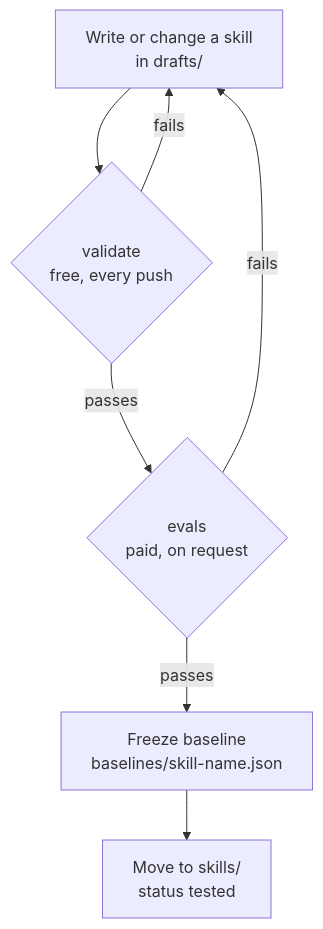
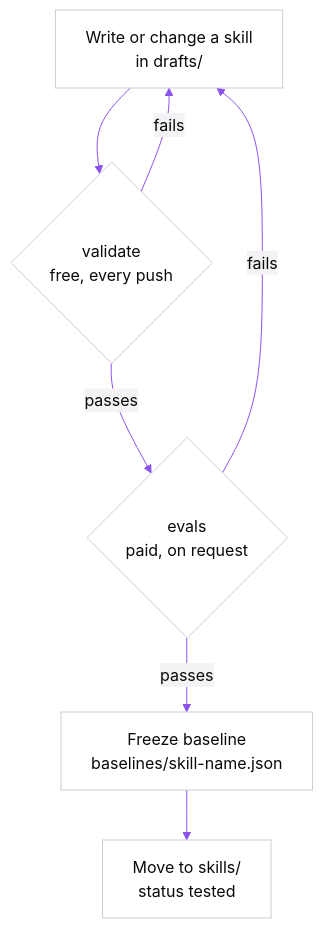
Before and after one commit to alexandre-darmon/ai-pm-skills: the second of 6 diagrams in docs/evaluation.md, drawn with Mermaid. The commit also changed other lines of this file and 6 other files, not shown here.

First line of the commit message:
New README banner; lifecycle image and eval diagrams in its style

````diff
--- a/docs/evaluation.md
+++ b/docs/evaluation.md
@@ -22,9 +23,10 @@
 ```mermaid
+%%{init: {'theme': 'base', 'themeVariables': {'primaryColor': '#FFFFFF', 'primaryBorderColor': '#CFCBD6', 'primaryTextColor': '#0A0A0A', 'secondaryColor': '#F4F2F5', 'tertiaryColor': '#F4F2F5', 'clusterBkg': '#F4F2F5', 'clusterBorder': '#E6E3EA', 'lineColor': '#8C52EE', 'edgeLabelBackground': '#F4F2F5'}}}%%
 flowchart TD
     A["Write or change a skill<br/>in drafts/"] --> V{"validate<br/>free, every push"}
     V -- "fails" --> A
     V -- "passes" --> E{"evals<br/>paid, on request"}
     E -- "fails" --> A
     E -- "passes" --> B["Freeze baseline<br/>baselines/skill-name.json"]
     B --> P["Move to skills/<br/>status tested"]
 ```
````
